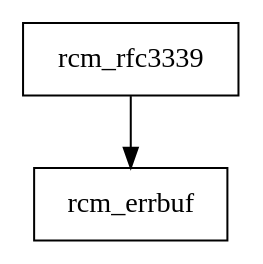
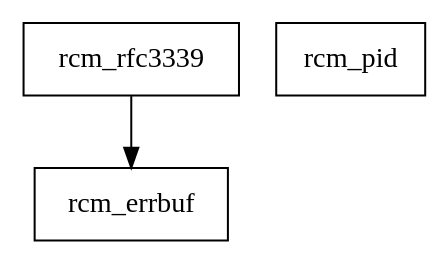
The diagram in docs/module_deps.dot (librcm/librcm), drawn with Graphviz before and after one commit. The commit also changed 10 other files, not shown here.

```diff
--- a/docs/module_deps.dot
+++ b/docs/module_deps.dot
@@ -1,5 +1,6 @@
 strict digraph {
-  rcm_errbuf [shape=box];
-  rcm_rfc3339 [shape=box];
+  rcm_errbuf [shape=box]
+  rcm_pid [shape=box]
+  rcm_rfc3339 [shape=box]
   rcm_rfc3339 -> rcm_errbuf
 }
```
